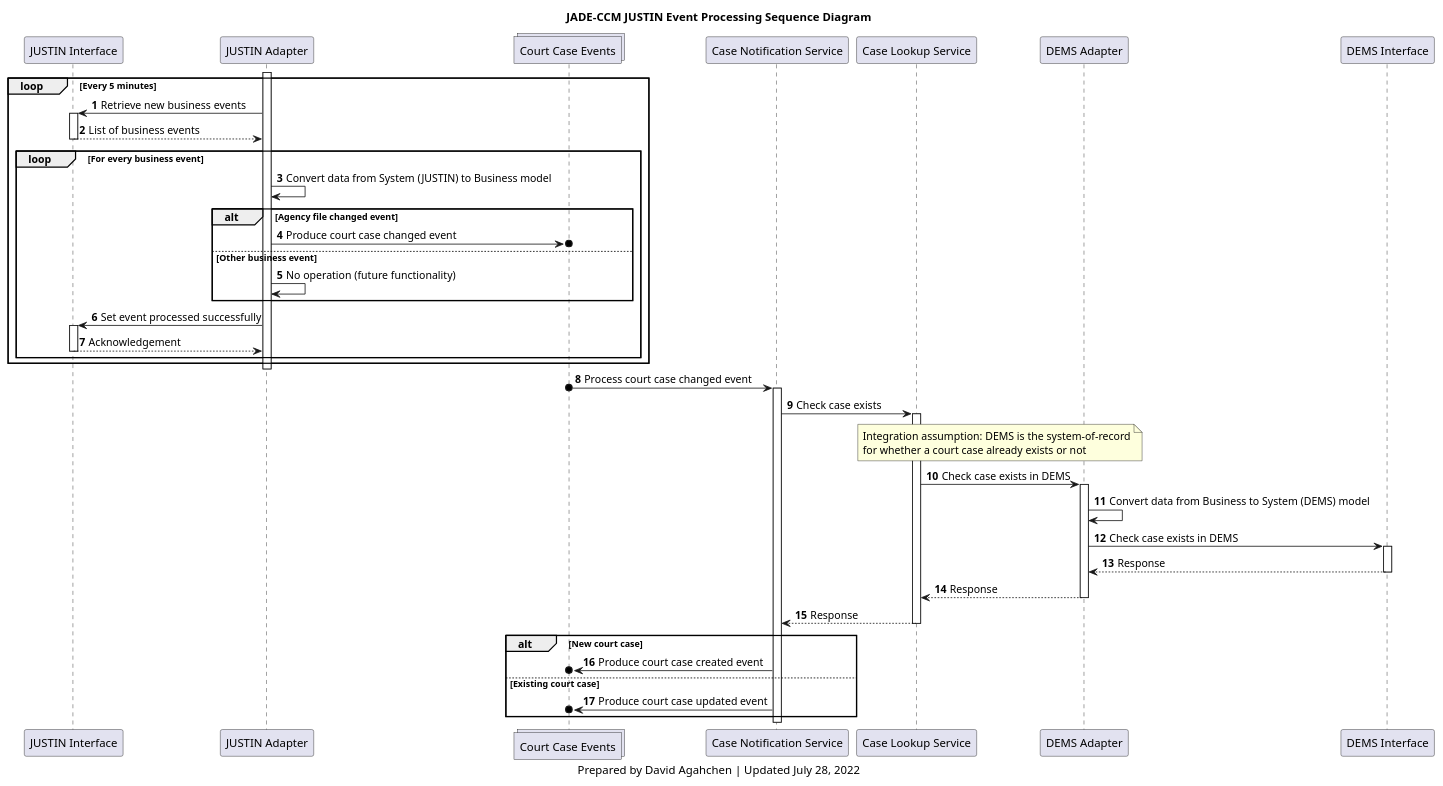
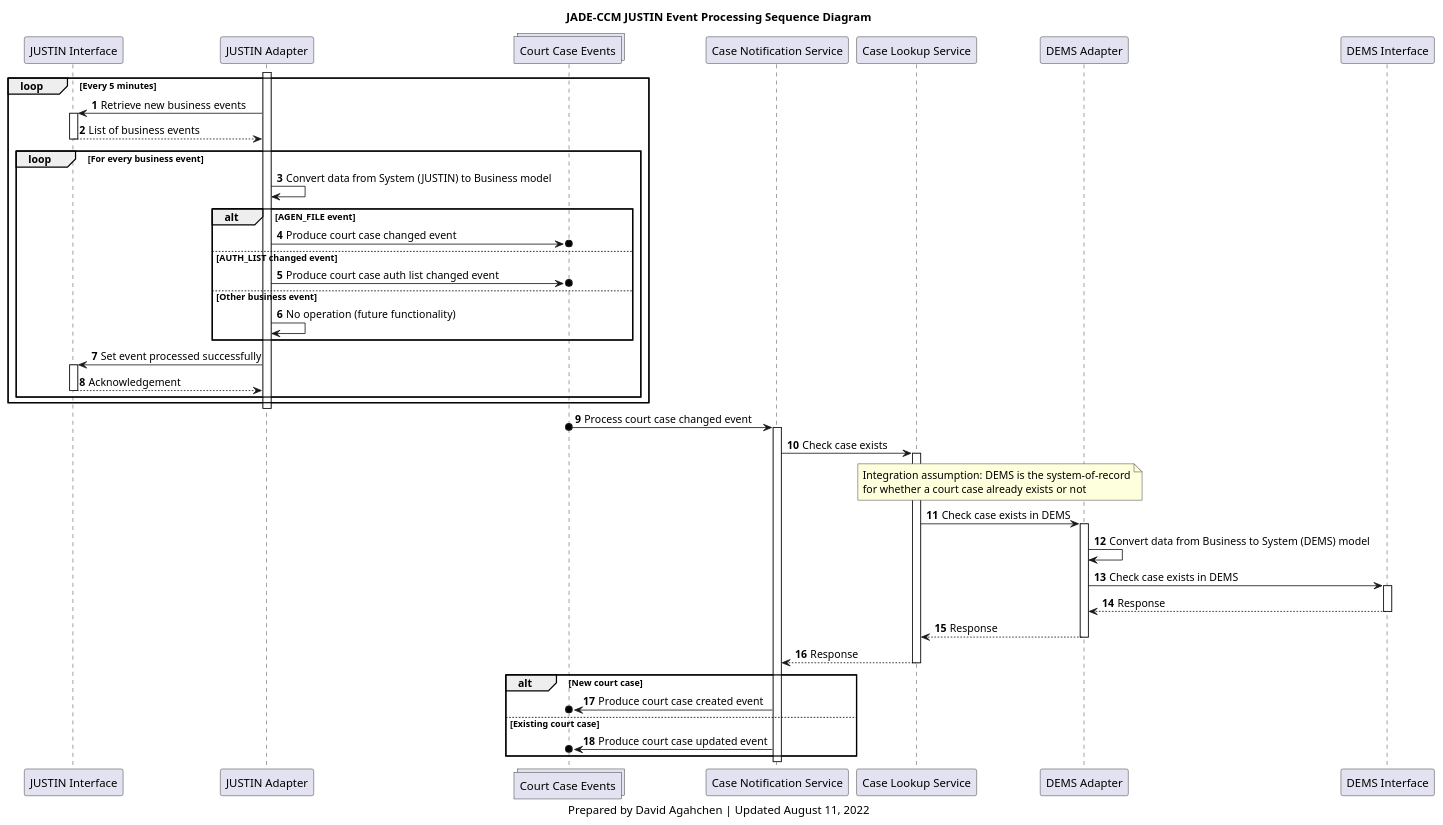
Before and after one commit to bcgov/jpss-jade-ccm: the diagram in img/src/ccm_justin_event_processing_sequence_diagram.plantuml, drawn with PlantUML. The commit also changed 7 other files, not shown here.

```diff
--- a/img/src/ccm_justin_event_processing_sequence_diagram.plantuml
+++ b/img/src/ccm_justin_event_processing_sequence_diagram.plantuml
@@ -1,67 +1,69 @@
 @startuml
 'hide footbox
 participant j_interface as "JUSTIN Interface"
 participant j_adapter as "JUSTIN Adapter"
 collections court_cases_topic as "Court Case Events"
 participant case_notification_service as "Case Notification Service"
 participant case_lookup_service as "Case Lookup Service"
 participant d_adapter as "DEMS Adapter"
 participant d_interface as "DEMS Interface"
 
 title
 JADE-CCM JUSTIN Event Processing Sequence Diagram
 end title
 
 autonumber
 
 activate j_adapter
 loop Every 5 minutes
     j_adapter-> j_interface: Retrieve new business events
     activate j_interface
     j_interface --> j_adapter: List of business events
     deactivate j_interface
     loop For every business event
         j_adapter -> j_adapter: Convert data from System (JUSTIN) to Business model
-        alt Agency file changed event
+        alt AGEN_FILE event
             j_adapter ->o court_cases_topic: Produce court case changed event
+        else AUTH_LIST changed event
+            j_adapter ->o court_cases_topic: Produce court case auth list changed event
         else Other business event
             j_adapter -> j_adapter: No operation (future functionality)
         end
         j_adapter -> j_interface: Set event processed successfully
         activate j_interface
         j_interface --> j_adapter: Acknowledgement
         deactivate j_interface
     end
 end
 deactivate j_adapter
 
 court_cases_topic o-> case_notification_service: Process court case changed event
 activate case_notification_service
 case_notification_service -> case_lookup_service: Check case exists
 activate case_lookup_service
 note over case_lookup_service, d_adapter
 Integration assumption: DEMS is the system-of-record
 for whether a court case already exists or not
 end note
 case_lookup_service -> d_adapter: Check case exists in DEMS
 activate d_adapter
 d_adapter -> d_adapter: Convert data from Business to System (DEMS) model
 d_adapter -> d_interface: Check case exists in DEMS
 activate d_interface
 d_interface --> d_adapter: Response
 deactivate d_interface
 d_adapter --> case_lookup_service: Response
 deactivate d_adapter
 case_lookup_service --> case_notification_service: Response
 deactivate case_lookup_service
 alt New court case
     case_notification_service ->o court_cases_topic: Produce court case created event
 else Existing court case
     case_notification_service ->o court_cases_topic: Produce court case updated event
 end
 deactivate case_notification_service
 
 caption
-Prepared by David Agahchen | Updated July 28, 2022
+Prepared by David Agahchen | Updated August 11, 2022
 end caption
 @enduml
```
